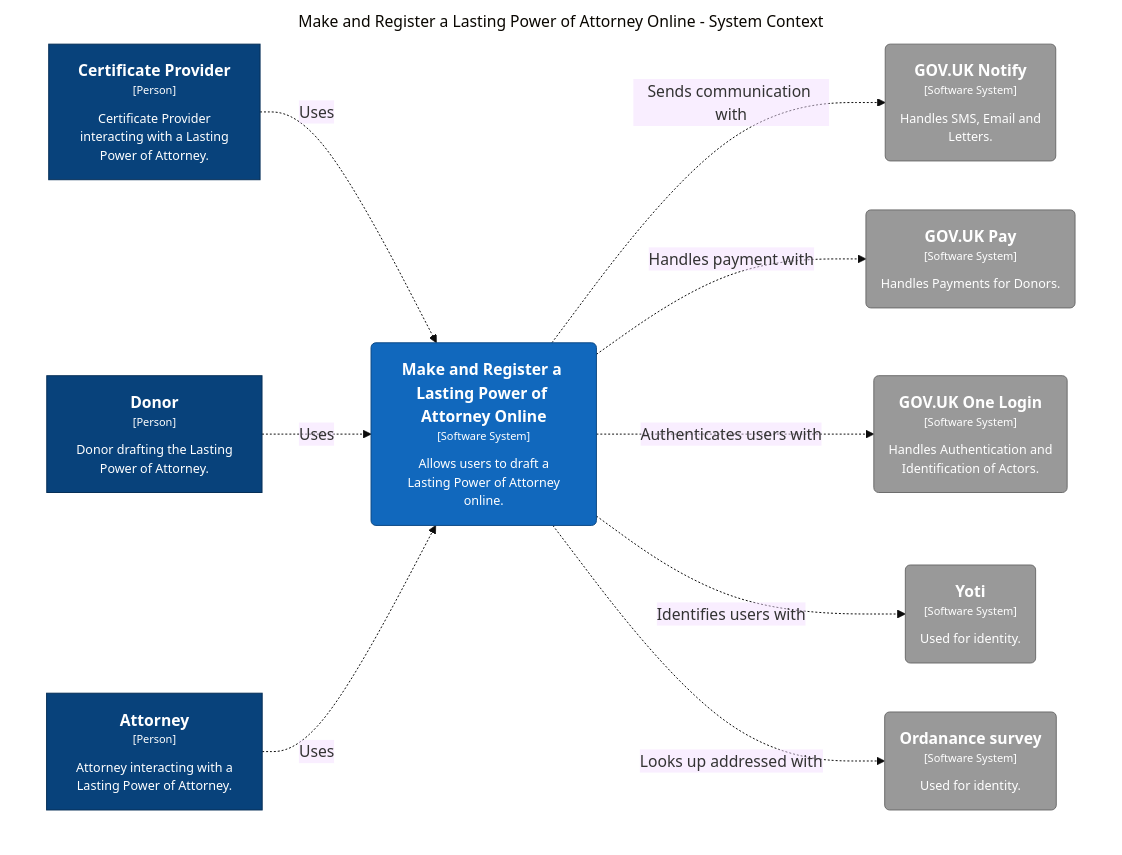
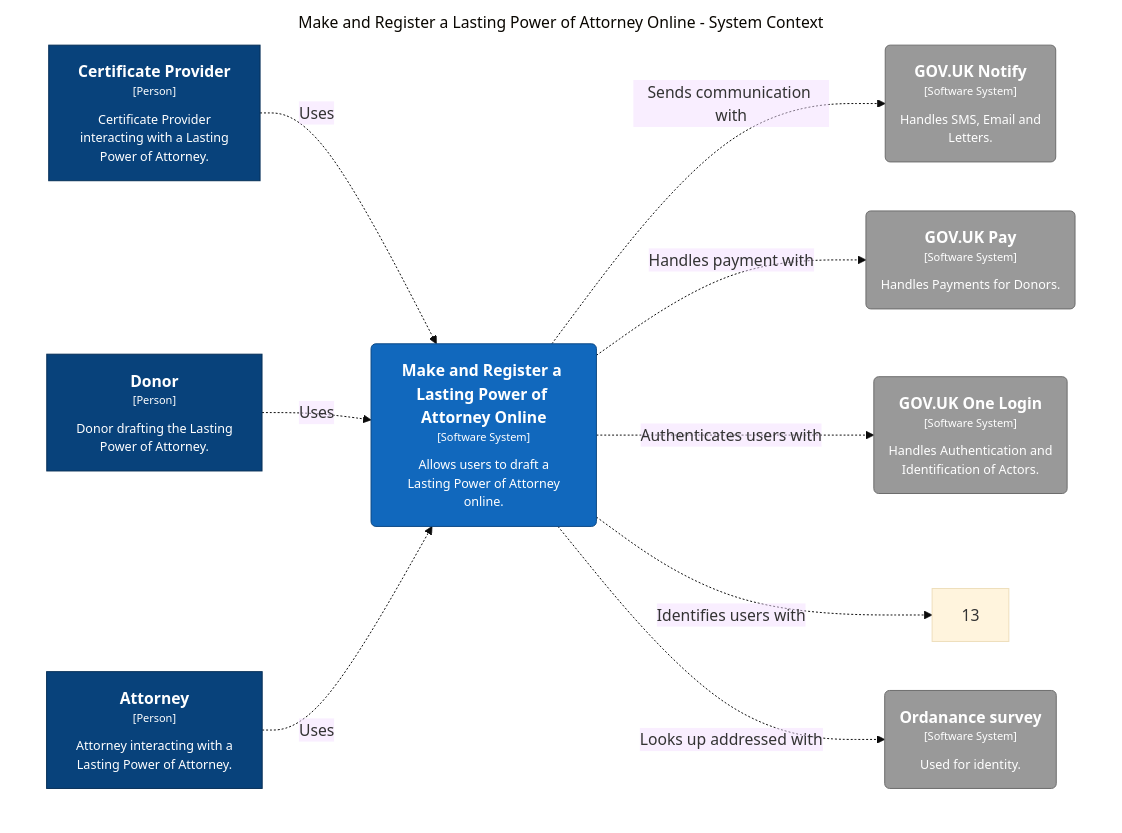
One commit to ministryofjustice/opg-modernising-lpa changed the diagram in docs/architecture/dsl/local/structurizr-SystemContext.mmd. Above: the diagram before and after it, drawn with Mermaid (base theme). The commit also changed 88 other files, not shown here.

```diff
--- a/docs/architecture/dsl/local/structurizr-SystemContext.mmd
+++ b/docs/architecture/dsl/local/structurizr-SystemContext.mmd
@@ -1,34 +1,32 @@
 graph TB
   linkStyle default fill:#ffffff
 
   subgraph diagram [Make and Register a Lasting Power of Attorney Online - System Context]
     style diagram fill:#ffffff,stroke:#ffffff
 
     10("<div style='font-weight: bold'>GOV.UK Notify</div><div style='font-size: 70%; margin-top: 0px'>[Software System]</div><div style='font-size: 80%; margin-top:10px'>Handles SMS, Email and<br />Letters.</div>")
     style 10 fill:#999999,stroke:#6b6b6b,color:#ffffff
     11("<div style='font-weight: bold'>GOV.UK Pay</div><div style='font-size: 70%; margin-top: 0px'>[Software System]</div><div style='font-size: 80%; margin-top:10px'>Handles Payments for Donors.</div>")
     style 11 fill:#999999,stroke:#6b6b6b,color:#ffffff
     12("<div style='font-weight: bold'>GOV.UK One Login</div><div style='font-size: 70%; margin-top: 0px'>[Software System]</div><div style='font-size: 80%; margin-top:10px'>Handles Authentication and<br />Identification of Actors.</div>")
     style 12 fill:#999999,stroke:#6b6b6b,color:#ffffff
-    13("<div style='font-weight: bold'>Yoti</div><div style='font-size: 70%; margin-top: 0px'>[Software System]</div><div style='font-size: 80%; margin-top:10px'>Used for identity.</div>")
-    style 13 fill:#999999,stroke:#6b6b6b,color:#ffffff
     14("<div style='font-weight: bold'>Ordanance survey</div><div style='font-size: 70%; margin-top: 0px'>[Software System]</div><div style='font-size: 80%; margin-top:10px'>Used for identity.</div>")
     style 14 fill:#999999,stroke:#6b6b6b,color:#ffffff
     2["<div style='font-weight: bold'>Attorney</div><div style='font-size: 70%; margin-top: 0px'>[Person]</div><div style='font-size: 80%; margin-top:10px'>Attorney interacting with a<br />Lasting Power of Attorney.</div>"]
     style 2 fill:#08427b,stroke:#052e56,color:#ffffff
     3["<div style='font-weight: bold'>Donor</div><div style='font-size: 70%; margin-top: 0px'>[Person]</div><div style='font-size: 80%; margin-top:10px'>Donor drafting the Lasting<br />Power of Attorney.</div>"]
     style 3 fill:#08427b,stroke:#052e56,color:#ffffff
     4["<div style='font-weight: bold'>Certificate Provider</div><div style='font-size: 70%; margin-top: 0px'>[Person]</div><div style='font-size: 80%; margin-top:10px'>Certificate Provider<br />interacting with a Lasting<br />Power of Attorney.</div>"]
     style 4 fill:#08427b,stroke:#052e56,color:#ffffff
     6("<div style='font-weight: bold'>Make and Register a Lasting Power of Attorney Online</div><div style='font-size: 70%; margin-top: 0px'>[Software System]</div><div style='font-size: 80%; margin-top:10px'>Allows users to draft a<br />Lasting Power of Attorney<br />online.</div>")
     style 6 fill:#1168bd,stroke:#0b4884,color:#ffffff
 
     4-. "<div>Uses</div><div style='font-size: 70%'></div>" .->6
     3-. "<div>Uses</div><div style='font-size: 70%'></div>" .->6
     2-. "<div>Uses</div><div style='font-size: 70%'></div>" .->6
     6-. "<div>Sends communication with</div><div style='font-size: 70%'></div>" .->10
     6-. "<div>Handles payment with</div><div style='font-size: 70%'></div>" .->11
     6-. "<div>Authenticates users with</div><div style='font-size: 70%'></div>" .->12
     6-. "<div>Identifies users with</div><div style='font-size: 70%'></div>" .->13
     6-. "<div>Looks up addressed with</div><div style='font-size: 70%'></div>" .->14
   end
```
